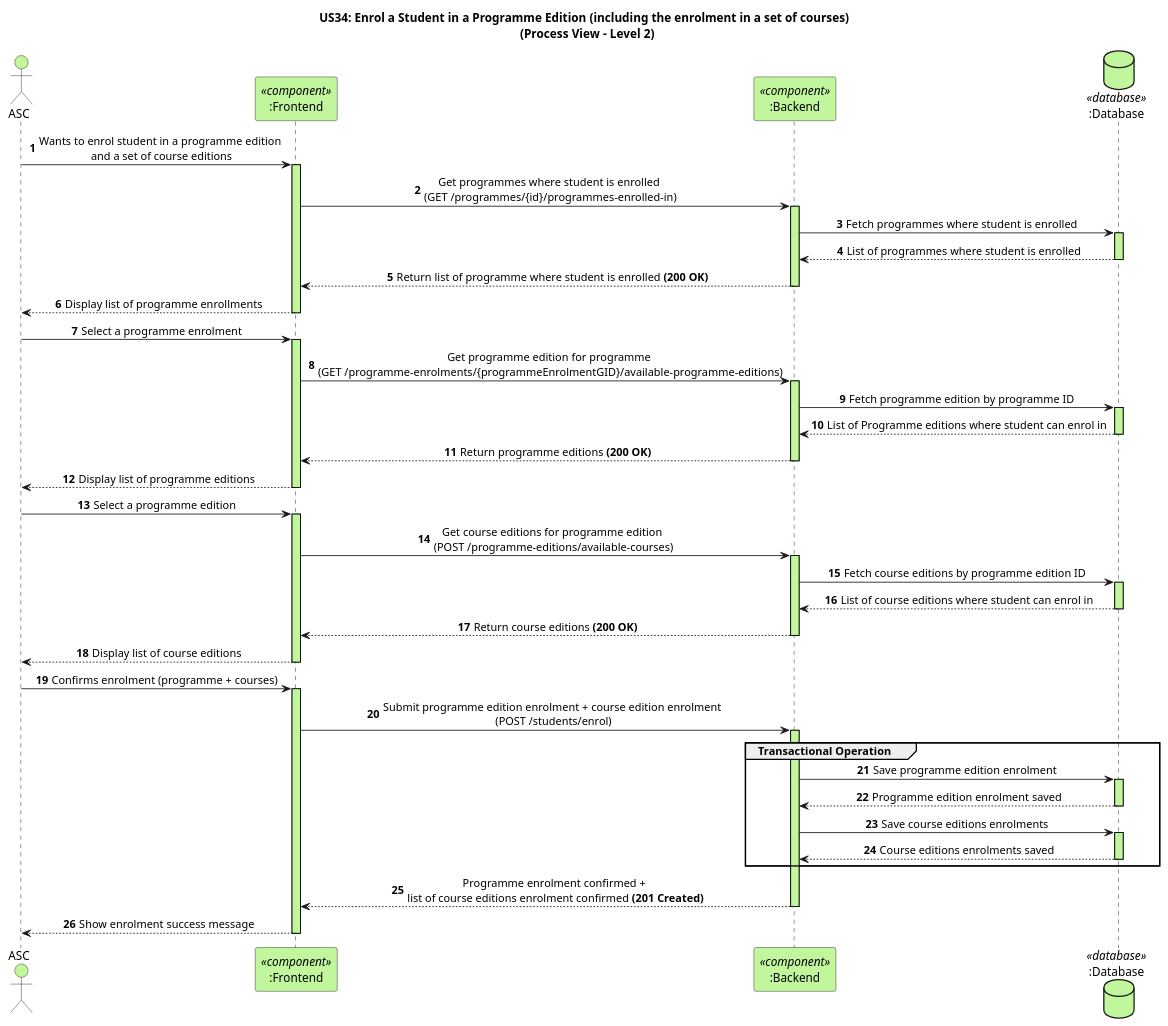
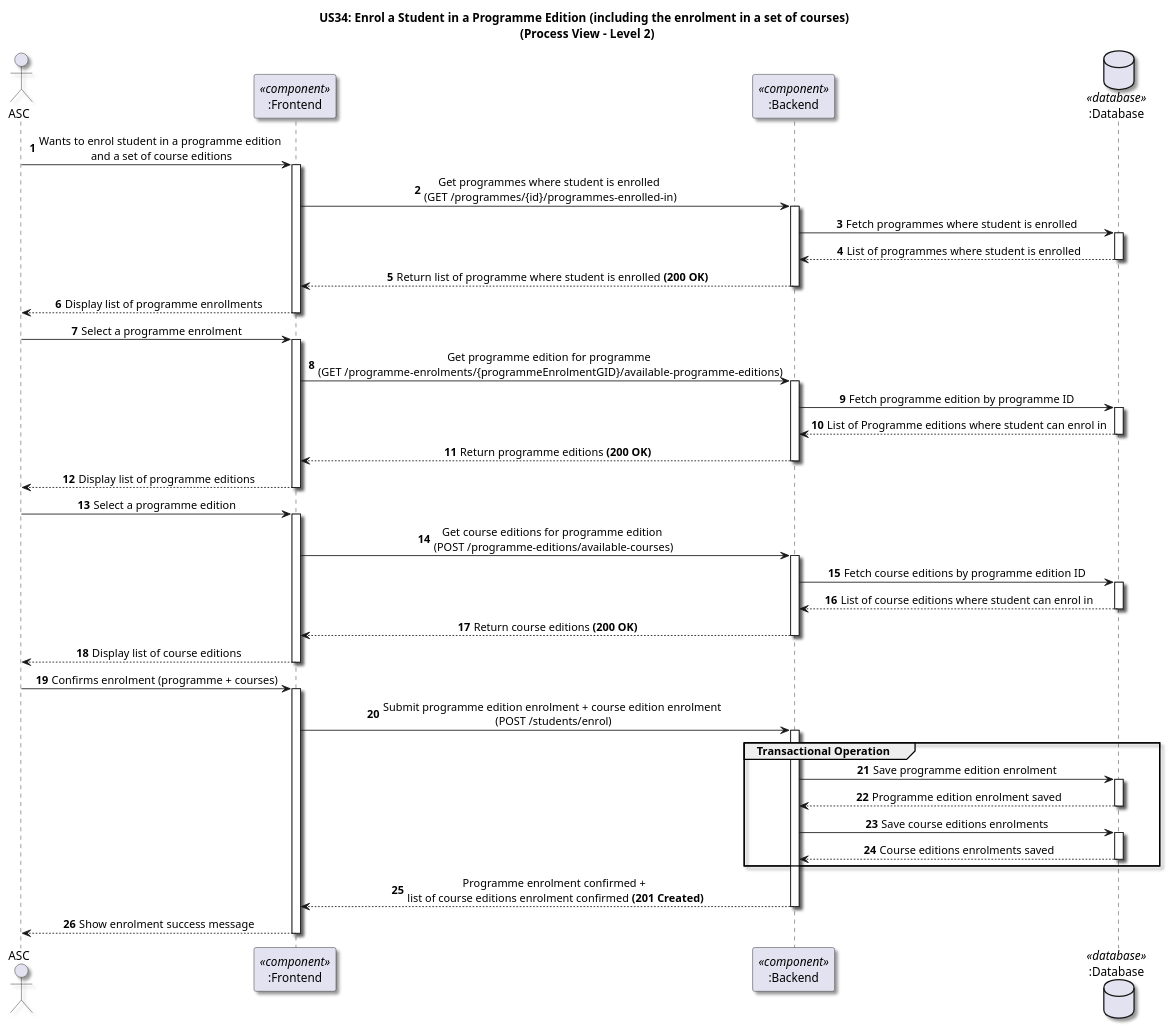
Before and after one commit to GasparISEP/DevOps-PAI: the diagram in docs/US34/Sprint7/ProcessView/Level2.puml, drawn with PlantUML. The commit also changed 5 other files, not shown here.

Commit message:
REF #698 #646 Updated diagrams to be more visible

```diff
--- a/docs/US34/Sprint7/ProcessView/Level2.puml
+++ b/docs/US34/Sprint7/ProcessView/Level2.puml
@@ -1,58 +1,54 @@
 @startuml
+skinparam Shadowing true
 
 ' US34 - Enrol a Student in a Programme Edition (including the enrolment in a set of courses)
 ' Process View - Level 2 (Frontend, Backend, DB)
 
 autonumber
 
-skinparam sequence {
-   LifelineBorderColor black
-   LifelineBackgroundColor c2f69d
-}
-
 skinparam DefaultTextAlignment center
 
 title US34: Enrol a Student in a Programme Edition (including the enrolment in a set of courses) \n (Process View - Level 2)
 
-actor ASC #c2f69d
-participant ":Frontend" as FE <<component>> #c2f69d
-participant ":Backend" as BE <<component>> #c2f69d
-database ":Database" as DB <<database>> #c2f69d
+actor ASC
+participant ":Frontend" as FE <<component>>
+participant ":Backend" as BE <<component>>
+database ":Database" as DB <<database>>
 
 ' Fase 1 – Consulta
 ASC -> FE ++: Wants to enrol student in a programme edition \nand a set of course editions
 FE -> BE ++: Get programmes where student is enrolled \n(GET /programmes/{id}/programmes-enrolled-in)
 BE -> DB ++: Fetch programmes where student is enrolled
 DB --> BE --: List of programmes where student is enrolled
 BE --> FE --: Return list of programme where student is enrolled **(200 OK)**
 FE --> ASC --: Display list of programme enrollments
 
 ASC -> FE ++: Select a programme enrolment
 FE -> BE ++: Get programme edition for programme \n(GET /programme-enrolments/{programmeEnrolmentGID}/available-programme-editions)
 BE -> DB ++: Fetch programme edition by programme ID
 DB --> BE --: List of Programme editions where student can enrol in
 BE --> FE --: Return programme editions **(200 OK)**
 FE --> ASC--: Display list of programme editions
 
 ASC -> FE++: Select a programme edition
 FE -> BE ++: Get course editions for programme edition \n(POST /programme-editions/available-courses)
 BE -> DB ++: Fetch course editions by programme edition ID
 DB --> BE --: List of course editions where student can enrol in
 BE --> FE --: Return course editions **(200 OK)**
 FE --> ASC --: Display list of course editions
 
 'Fase 2 – Inscrição
 ASC -> FE ++: Confirms enrolment (programme + courses)
 FE -> BE ++: Submit programme edition enrolment + course edition enrolment \n(POST /students/enrol)
 
 group Transactional Operation
 BE -> DB ++: Save programme edition enrolment
 DB --> BE --: Programme edition enrolment saved
 BE -> DB ++: Save course editions enrolments
 DB --> BE --: Course editions enrolments saved
 end group
 
 BE --> FE --: Programme enrolment confirmed + \nlist of course editions enrolment confirmed **(201 Created)**
 FE --> ASC --: Show enrolment success message
 
 @enduml
```
